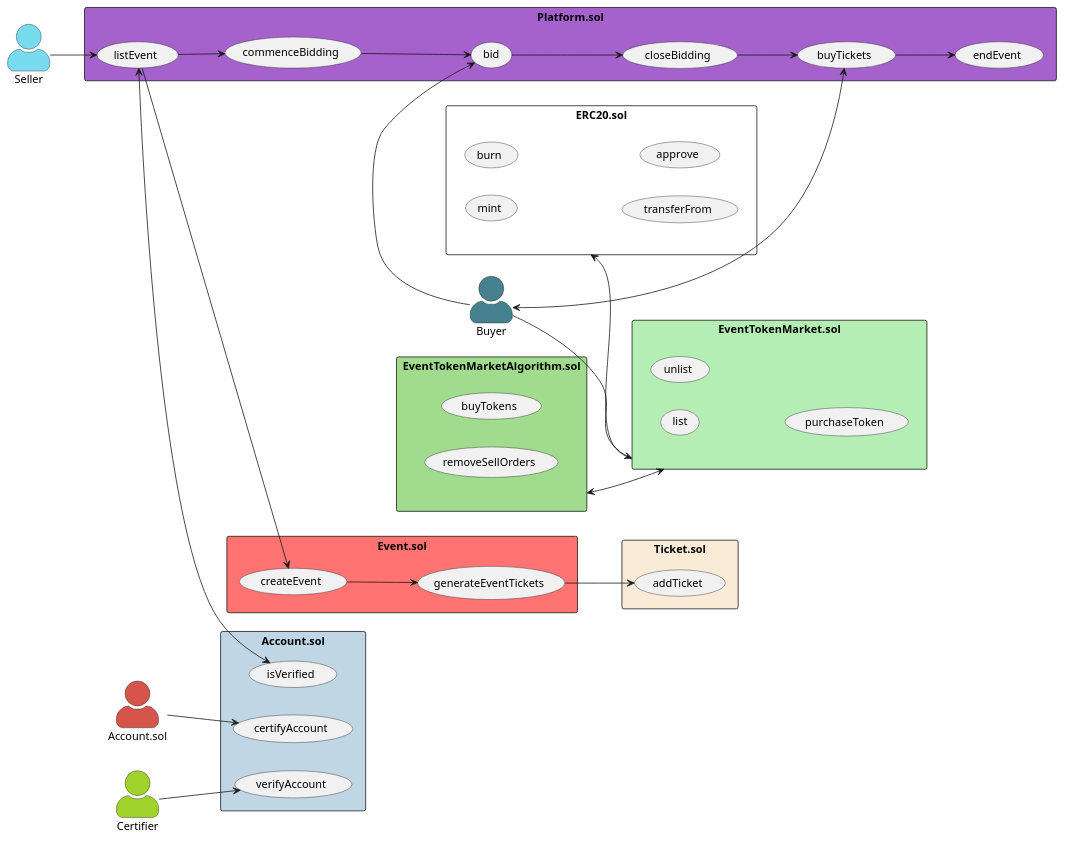
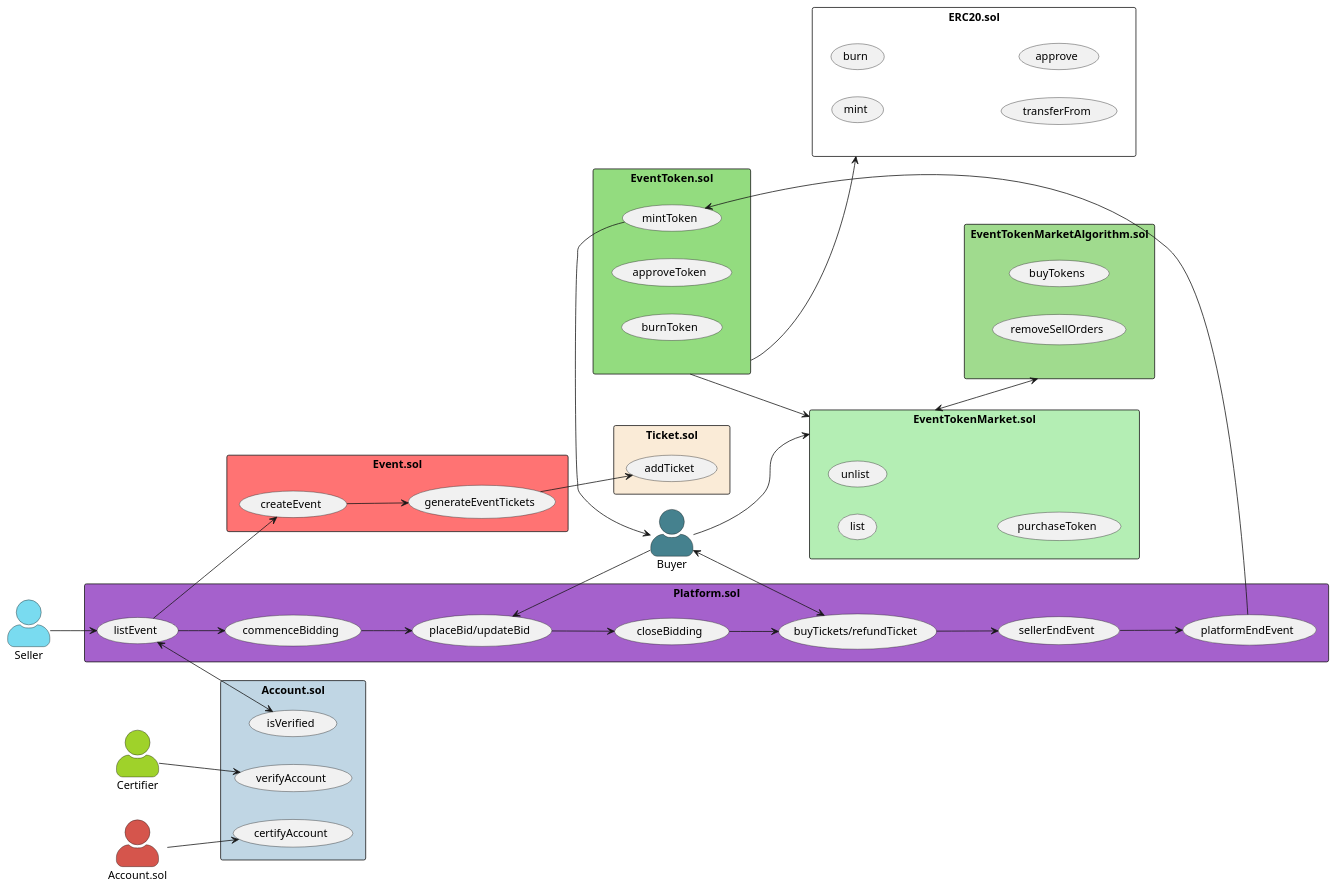
One commit to Teckwhye/is4302-project changed the diagram in docs/diagrams/ArchitectureDiagram.puml. Above: the diagram before and after it, drawn with PlantUML. The commit also changed 2 other files, not shown here.

```diff
--- a/docs/diagrams/ArchitectureDiagram.puml
+++ b/docs/diagrams/ArchitectureDiagram.puml
@@ -1,59 +1,68 @@
 @startuml ArchitectureDiagram
 skinparam actorStyle awesome
 skinparam packageStyle rectangle
 
 left to right direction
 "Seller"  as Seller #79dbf0
 "Certifier" as Certifier #9fd22a
 "Buyer" as Buyer #45818e
 "Account.sol" as Account #d5554c
 
 Buyer --> EventTokenMarket.sol
 rectangle Platform.sol #a561cc {
   Seller --> (listEvent)
   (listEvent) --> (commenceBidding)
-  (commenceBidding) --> (bid)
-  (bid) --> (closeBidding)
-  (closeBidding) --> (buyTickets)
-  (buyTickets) --> (endEvent)
-  Buyer <--> (buyTickets)
-  Buyer -right-> (bid)
+  (commenceBidding) --> (placeBid/updateBid)
+  (placeBid/updateBid) --> (closeBidding)
+  (closeBidding) --> (buyTickets/refundTicket)
+  (buyTickets/refundTicket) --> (sellerEndEvent)
+  (sellerEndEvent) --> (platformEndEvent)
+  Buyer <--> (buyTickets/refundTicket)
+  Buyer -right-> (placeBid/updateBid)
 }
 
 rectangle Event.sol #ff7373 {
   (listEvent) --> (createEvent)
   (createEvent) --> (generateEventTickets)
 }
 
 rectangle Ticket.sol #faebd7 {
   (generateEventTickets) --> (addTicket)
 }
 
 rectangle Account.sol #c0d6e4 {
    Certifier --> (verifyAccount)
   (listEvent) <--> (isVerified)
   Account --> (certifyAccount)
 }
 
-EventTokenMarket.sol <-up-> EventTokenMarketAlgorithm.sol
-EventTokenMarket.sol -up-> ERC20.sol
+EventTokenMarket.sol <-down-> EventTokenMarketAlgorithm.sol
+EventToken.sol --> ERC20.sol
+EventToken.sol --> EventTokenMarket.sol
+
+rectangle EventToken.sol #93dc7f {
+    (platformEndEvent) --> (mintToken)
+    (mintToken) --> (Buyer)
+    (approveToken)
+    (burnToken)
+}
 
 rectangle EventTokenMarket.sol #b4eeb4 {
     (list)
     (unlist)
     (purchaseToken)
 }
 
 rectangle EventTokenMarketAlgorithm.sol #a0db8e {
     (buyTokens)
     (removeSellOrders)
 }
 
 rectangle ERC20.sol {
     (mint)
     (burn)
     (transferFrom)
     (approve)
 }
 
 @enduml
```
